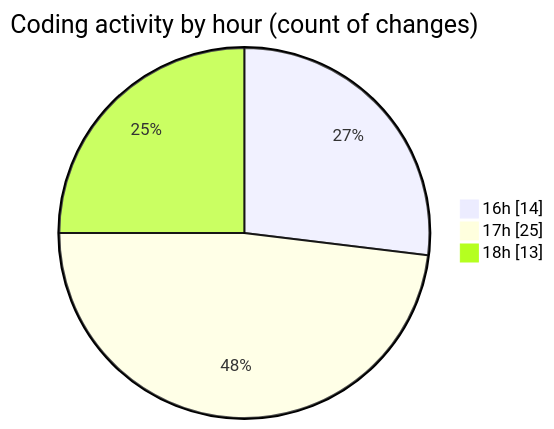
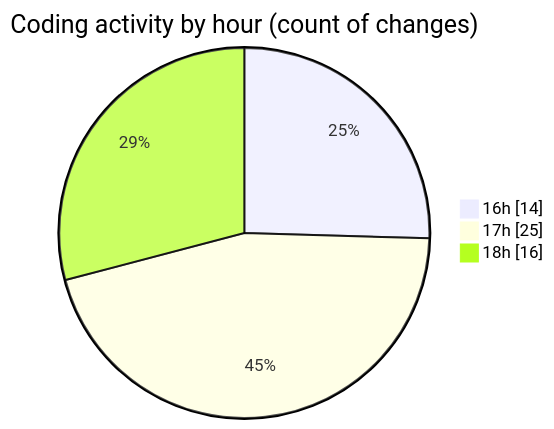
One commit to debugP/code-tracking changed the second of 2 diagrams in 2026-10-20/untitled__workspace_/README.md. Above: the diagram before and after it, drawn with Mermaid. The commit also changed other lines of this file and 1 other file, not shown here.

````diff
--- a/2026-10-20/untitled__workspace_/README.md
+++ b/2026-10-20/untitled__workspace_/README.md
@@ -30,7 +30,7 @@
 ```mermaid
 pie showData
 title Coding activity by hour (count of changes)
 "16h" : 14
 "17h" : 25
-"18h" : 13
+"18h" : 16
 ```
````
